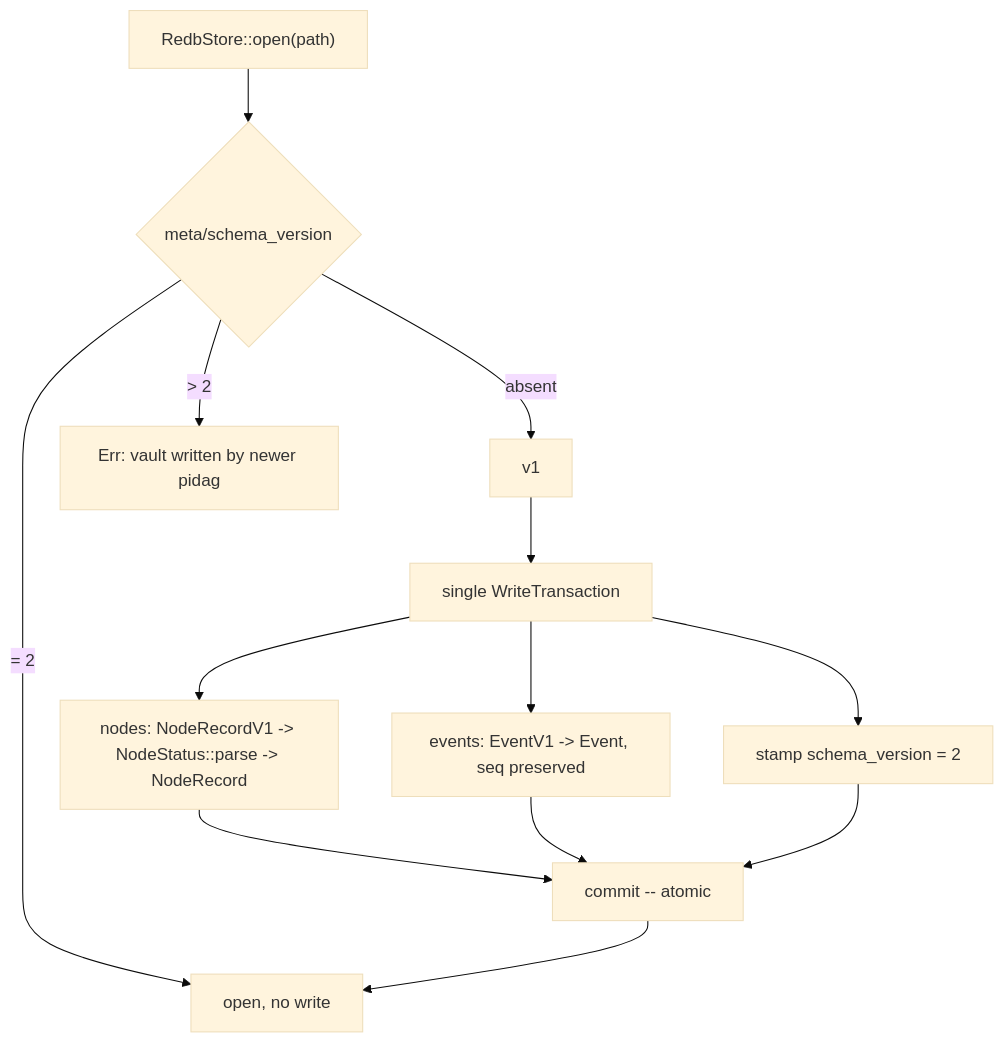
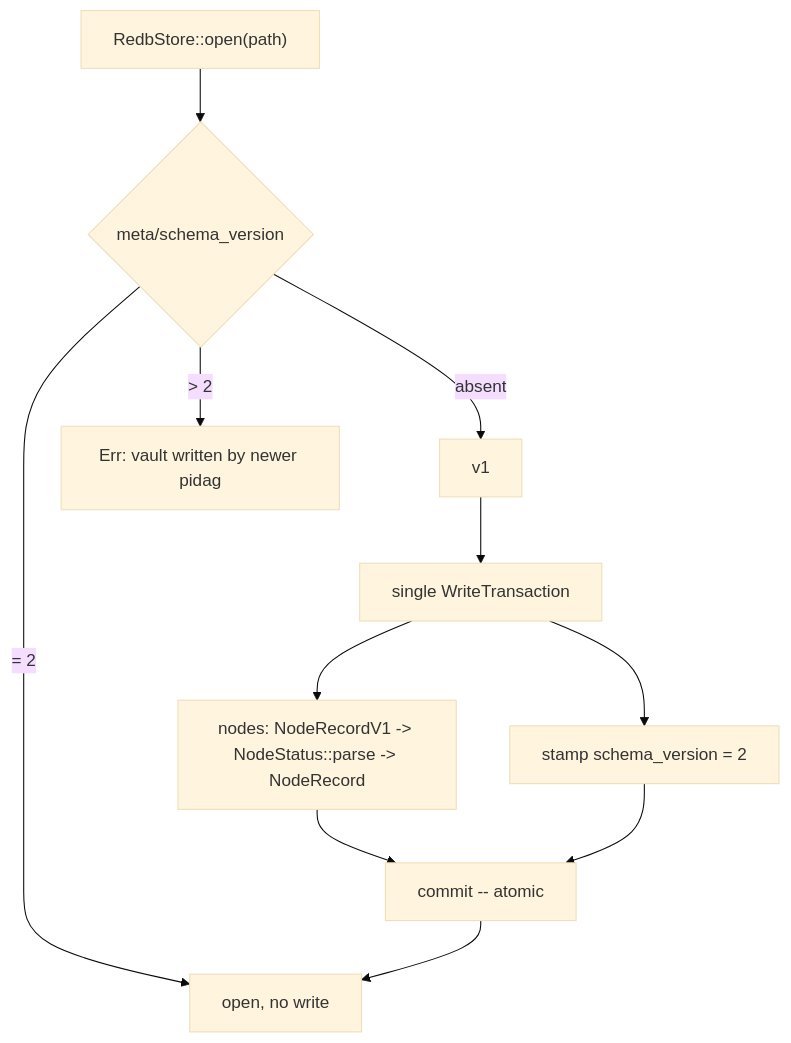
Before and after one commit to bitscrafts/pidag: the diagram in specs/36-vault-schema-versioning.md, drawn with Mermaid (base theme). The commit also changed other lines of this file and 8 other files, not shown here.

````diff
--- a/specs/36-vault-schema-versioning.md
+++ b/specs/36-vault-schema-versioning.md
@@ -119,13 +144,12 @@
 ```mermaid
 flowchart TD
     A["RedbStore::open(path)"] --> B{"meta/schema_version"}
     B -- "absent" --> C["v1"]
     B -- "= 2" --> D["open, no write"]
     B -- "> 2" --> E["Err: vault written by newer pidag"]
     C --> F["single WriteTransaction"]
     F --> G["nodes: NodeRecordV1 -> NodeStatus::parse -> NodeRecord"]
-    F --> H["events: EventV1 -> Event, seq preserved"]
     F --> I["stamp schema_version = 2"]
-    G & H & I --> J["commit -- atomic"]
+    G & I --> J["commit -- atomic"]
     J --> D
 ```
````
